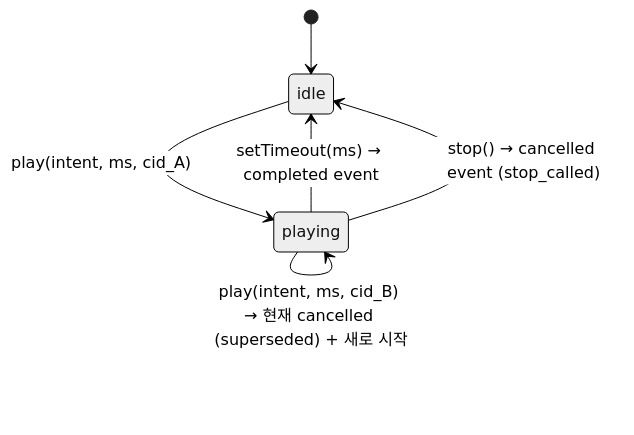
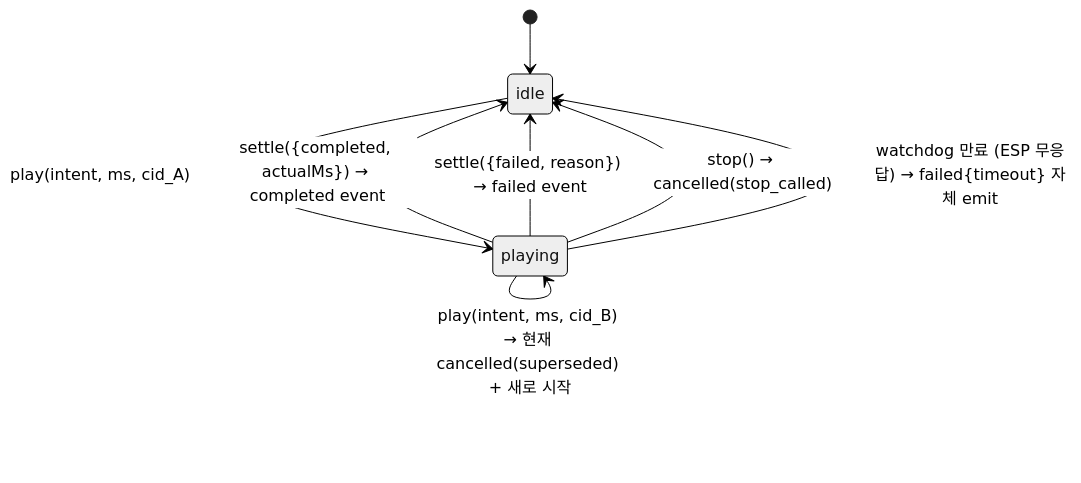
One commit to UnripePlum/nubjuk-viewer changed the third of 3 diagrams in ARCHITECTURE.md. Above: the diagram before and after it, drawn with Mermaid (neutral theme). The commit also changed other lines of this file and 14 other files, not shown here.

````diff
--- a/ARCHITECTURE.md
+++ b/ARCHITECTURE.md
@@ -132,8 +132,10 @@
 ```mermaid
 stateDiagram-v2
     [*] --> idle
     idle --> playing: play(intent, ms, cid_A)
-    playing --> idle: setTimeout(ms) → completed event
-    playing --> idle: stop() → cancelled event (stop_called)
-    playing --> playing: play(intent, ms, cid_B) → 현재 cancelled (superseded) + 새로 시작
+    playing --> idle: settle({completed, actualMs}) → completed event
+    playing --> idle: settle({failed, reason}) → failed event
+    playing --> idle: stop() → cancelled(stop_called)
+    playing --> idle: watchdog 만료 (ESP 무응답) → failed{timeout} 자체 emit
+    playing --> playing: play(intent, ms, cid_B) → 현재 cancelled(superseded) + 새로 시작
 ```
````
